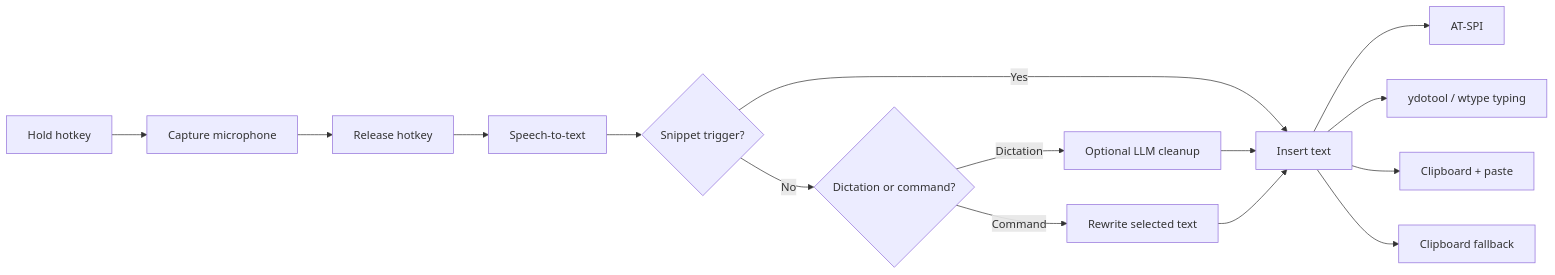
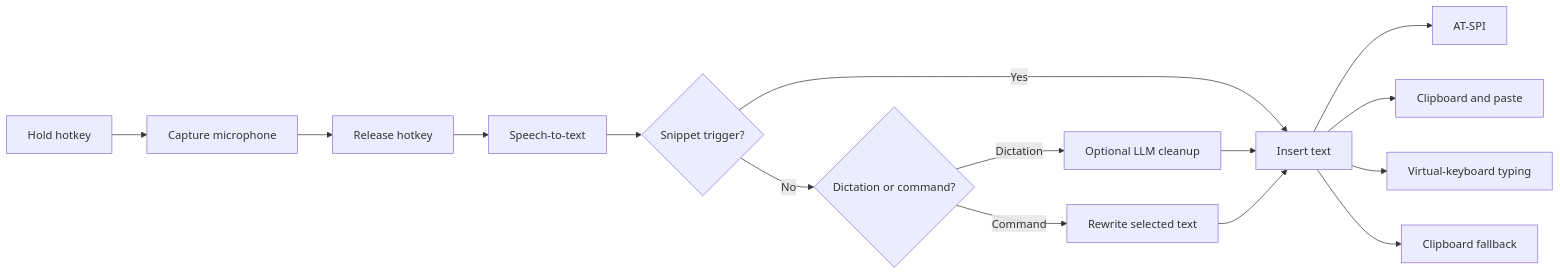
Before and after one commit to 0veek/oto: the diagram in README.md, drawn with Mermaid. The commit also changed other lines of this file, not shown here.

````diff
--- a/README.md
+++ b/README.md
@@ -37,17 +41,17 @@
 ```mermaid
 flowchart LR
     A[Hold hotkey] --> B[Capture microphone]
     B --> C[Release hotkey]
     C --> D[Speech-to-text]
     D --> E{Snippet trigger?}
     E -- Yes --> G[Exact expansion]
     E -- No --> F{Dictation or command?}
     F -- Dictation --> K[Optional LLM cleanup]
     F -- Command --> L[Rewrite selected text]
     K --> G[Insert text]
     L --> G
     G --> H[AT-SPI]
-    G --> M[ydotool / wtype typing]
-    G --> I[Clipboard + paste]
-    G --> J[Clipboard fallback]
+    G --> I[Clipboard and paste]
+    G --> J[Virtual-keyboard typing]
+    G --> M[Clipboard fallback]
 ```
````
